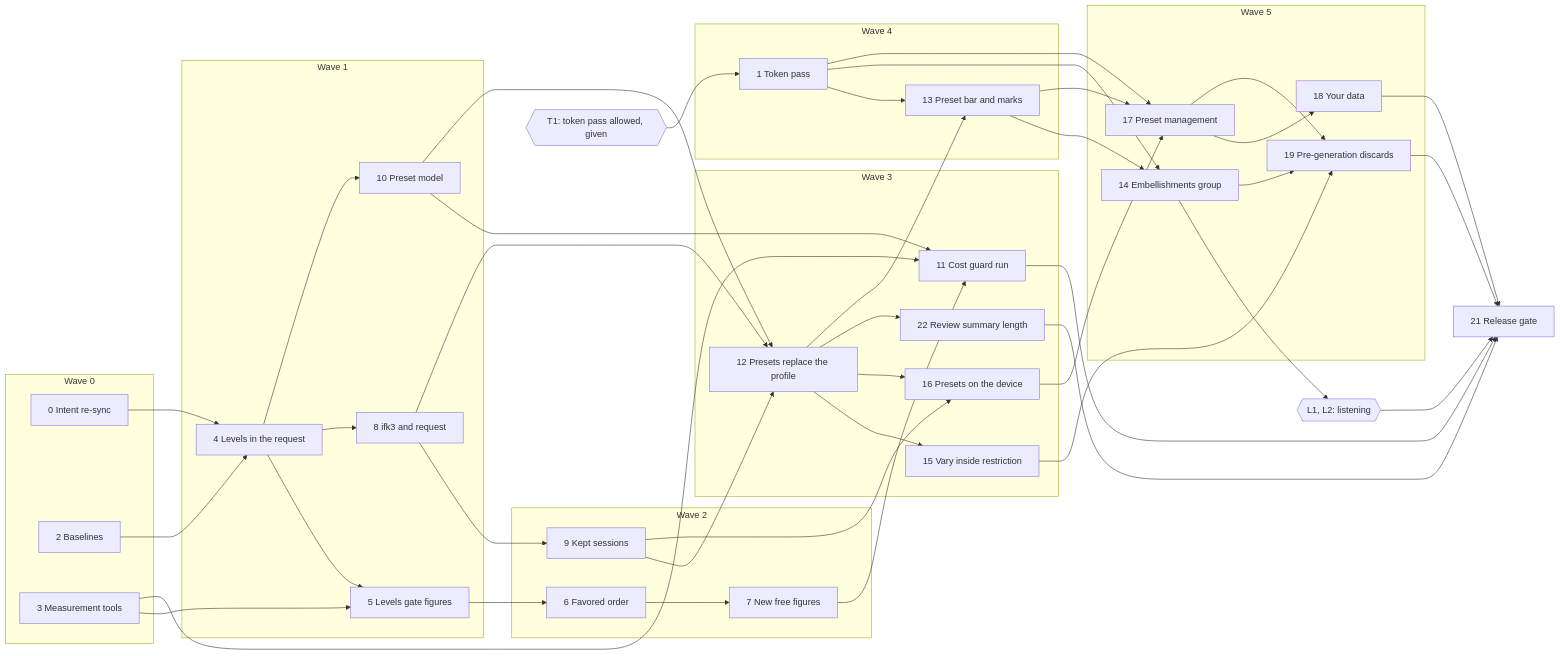
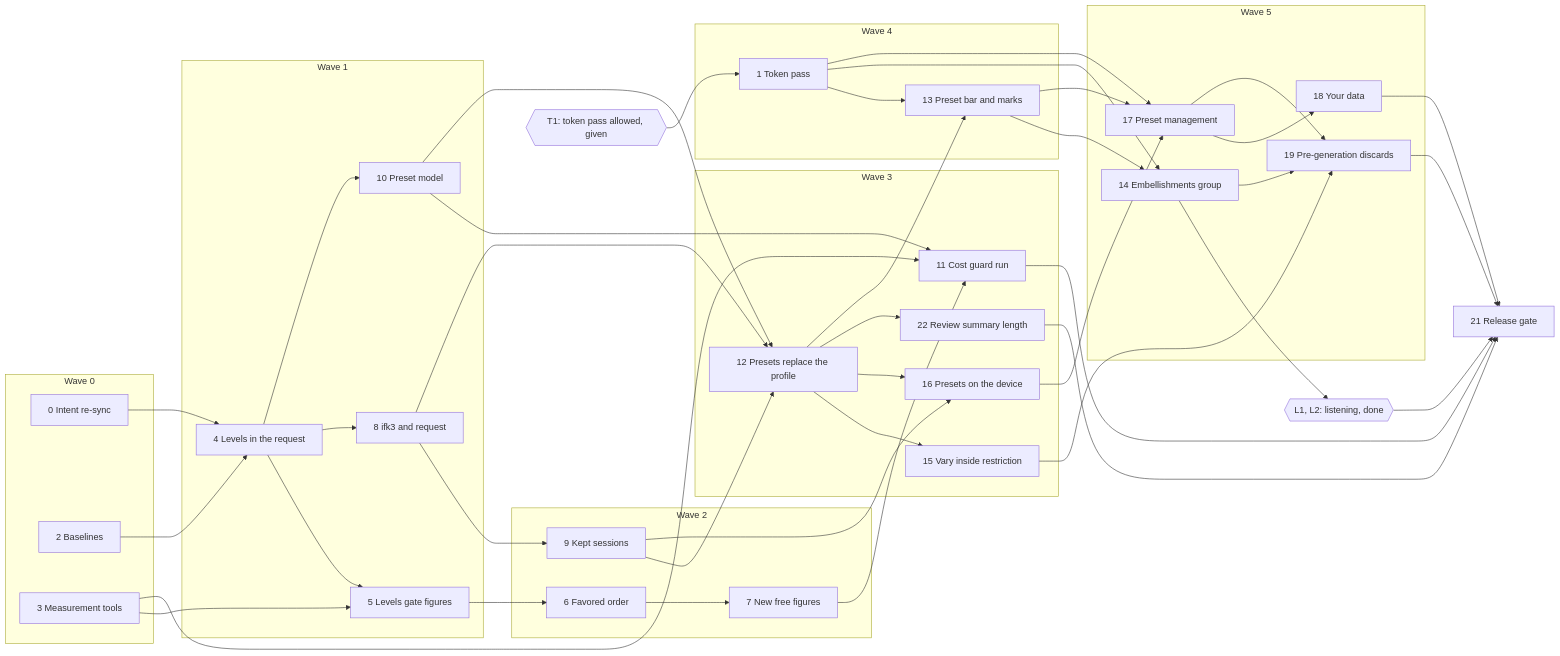
One commit to kluthen/infinite-flow changed the diagram in specs/versions/v3/build-plan-v3.1.md. Above: the diagram before and after it, drawn with Mermaid. The commit also changed other lines of this file and 4 other files, not shown here.

````diff
--- a/specs/versions/v3/build-plan-v3.1.md
+++ b/specs/versions/v3/build-plan-v3.1.md
@@ -94,76 +95,76 @@
 ```mermaid
 flowchart LR
   T1{{T1: token pass allowed, given}}
-  L{{L1, L2: listening}}
+  L{{L1, L2: listening, done}}
   subgraph W0[Wave 0]
     C0[0 Intent re-sync]
     C2[2 Baselines]
     C3[3 Measurement tools]
   end
   subgraph W1[Wave 1]
     C4[4 Levels in the request]
     C5[5 Levels gate figures]
     C8[8 ifk3 and request]
     C10[10 Preset model]
   end
   subgraph W2[Wave 2]
     C6[6 Favored order]
     C7[7 New free figures]
     C9[9 Kept sessions]
   end
   subgraph W3[Wave 3]
     C11[11 Cost guard run]
     C12[12 Presets replace the profile]
     C15[15 Vary inside restriction]
     C16[16 Presets on the device]
     C22[22 Review summary length]
   end
   subgraph W4[Wave 4]
     C1[1 Token pass]
     C13[13 Preset bar and marks]
   end
   subgraph W5[Wave 5]
     C14[14 Embellishments group]
     C17[17 Preset management]
     C18[18 Your data]
     C19[19 Pre-generation discards]
   end
   C21[21 Release gate]
   T1 --> C1
   C0 --> C4
   C2 --> C4
   C3 --> C5
   C4 --> C5
   C4 --> C8
   C4 --> C10
   C5 --> C6
   C6 --> C7
   C8 --> C9
   C3 --> C11
   C7 --> C11
   C10 --> C11
   C8 --> C12
   C9 --> C12
   C10 --> C12
   C12 --> C15
   C12 --> C16
   C12 --> C22
   C9 --> C16
   C1 --> C13
   C12 --> C13
   C1 --> C14
   C13 --> C14
   C14 --> L
   C1 --> C17
   C13 --> C17
   C16 --> C17
   C17 --> C18
   C14 --> C19
   C15 --> C19
   C17 --> C19
   C11 --> C21
   C18 --> C21
   C19 --> C21
   C22 --> C21
   L --> C21
 ```
````
